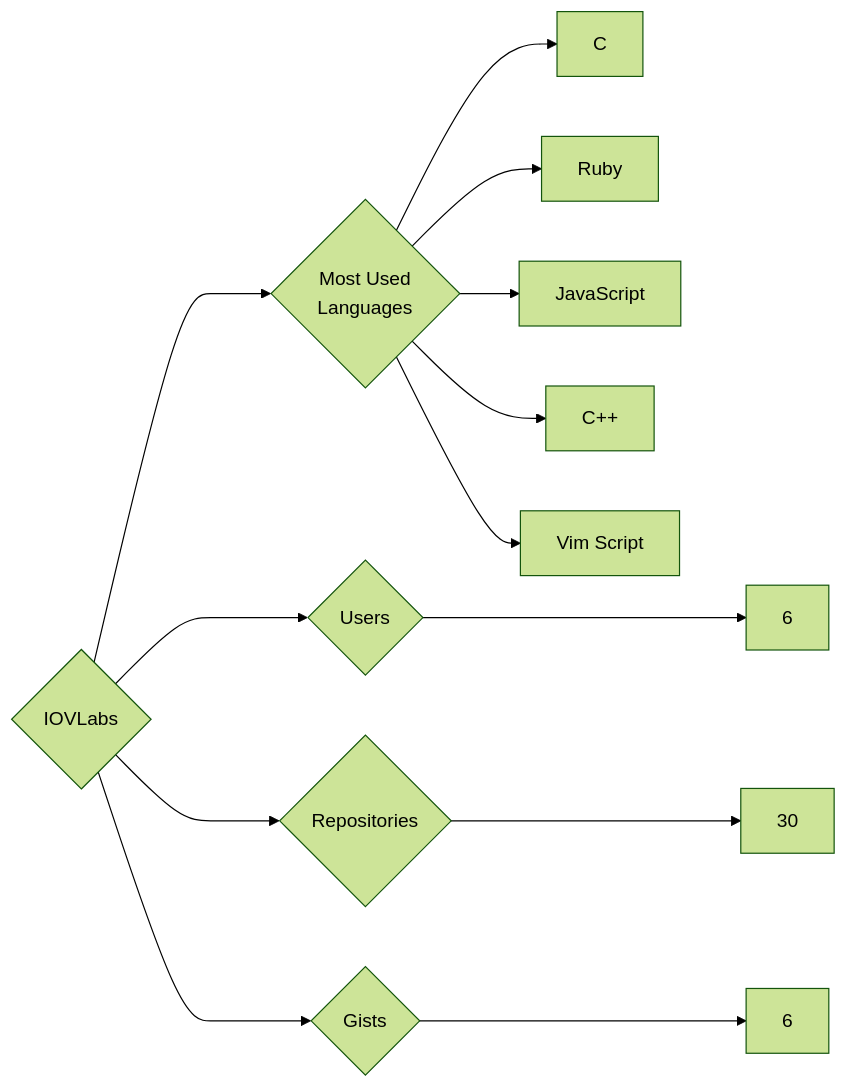
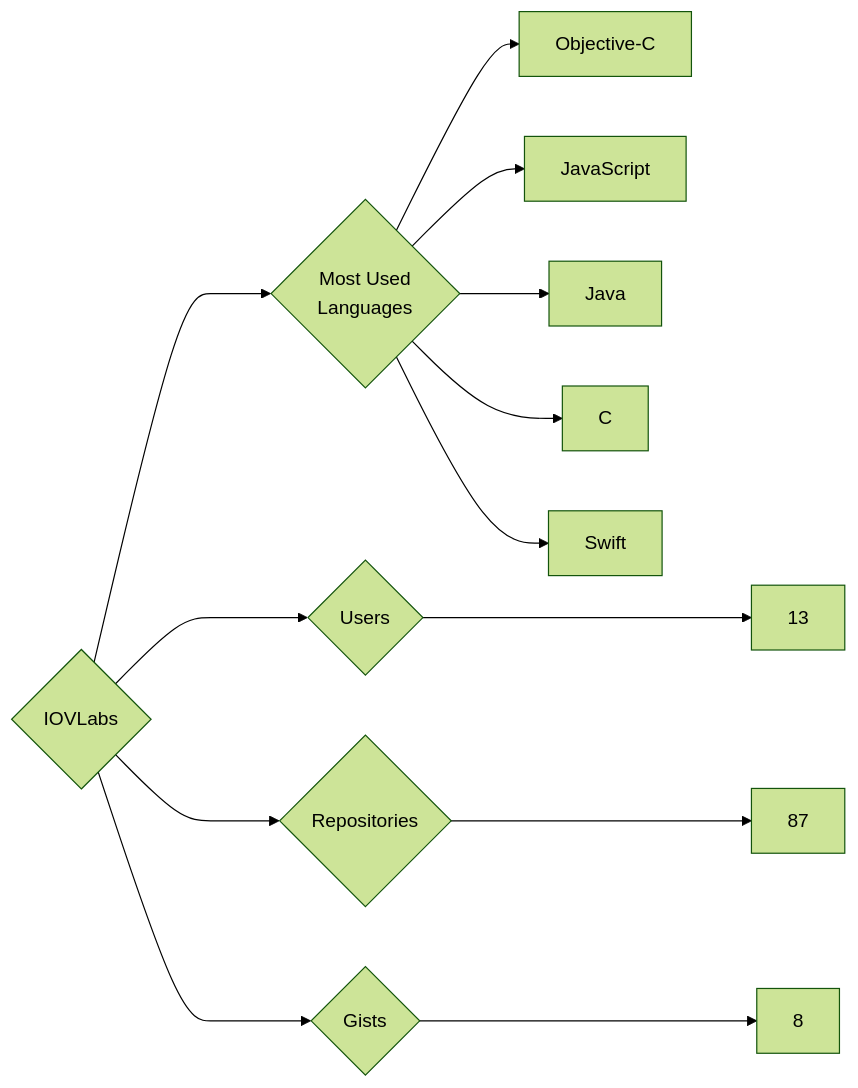
One commit to trickest/insiders changed the diagram in targets/IOVLabs/README.md. Above: the diagram before and after it, drawn with Mermaid (forest theme). The commit also changed 1092 other files, not shown here.

````diff
--- a/targets/IOVLabs/README.md
+++ b/targets/IOVLabs/README.md
@@ -3,13 +3,13 @@
 ```mermaid
 graph LR
 COMPANY_NAME{IOVLabs}
-COMPANY_NAME ---> U{Users} ---> UN[6]
-COMPANY_NAME ---> R{Repositories} ---> RN[30]
-COMPANY_NAME ---> G{Gists} ---> GN[6]
+COMPANY_NAME ---> U{Users} ---> UN[13]
+COMPANY_NAME ---> R{Repositories} ---> RN[87]
+COMPANY_NAME ---> G{Gists} ---> GN[8]
 COMPANY_NAME ---> ML{Most Used<br>Languages}
+ML --> Objective-C[Objective-C]
+ML --> JavaScript[JavaScript]
+ML --> Java[Java]
 ML --> C[C]
-ML --> Ruby[Ruby]
-ML --> JavaScript[JavaScript]
-ML --> C++[C++]
-ML --> Vim_Script[Vim Script]
+ML --> Swift[Swift]
 ```
````
